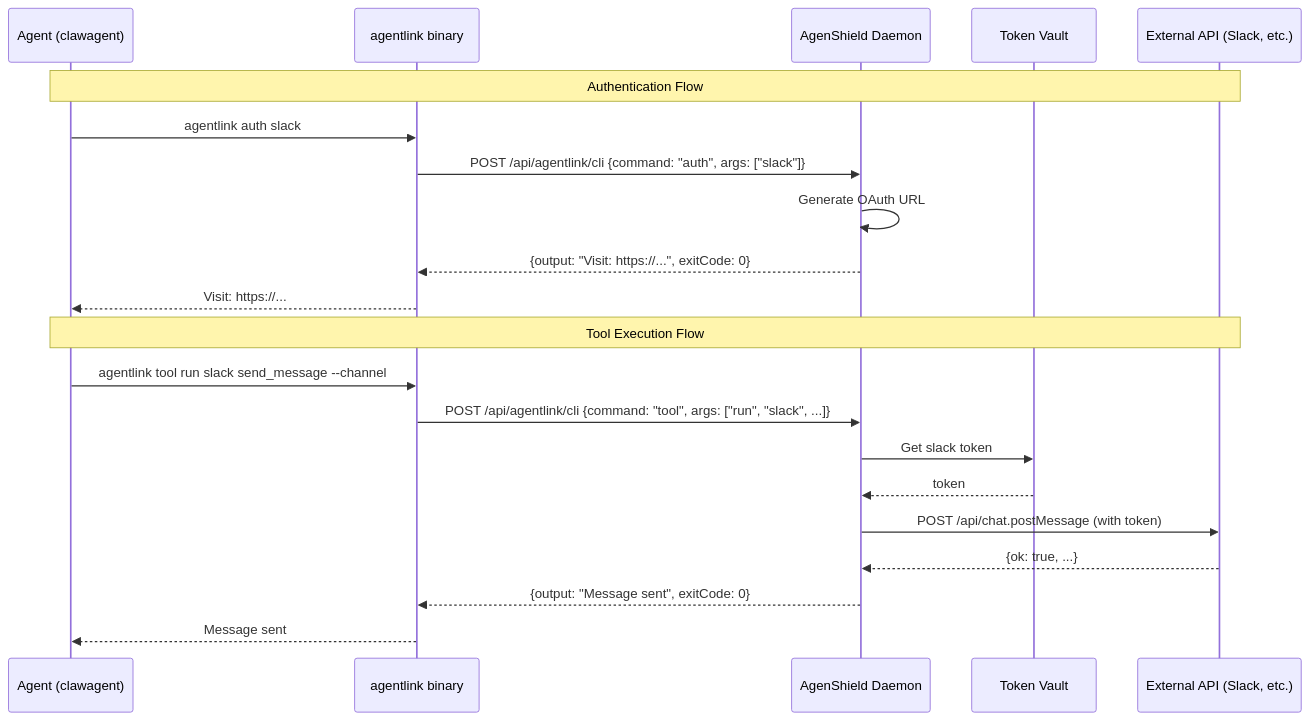
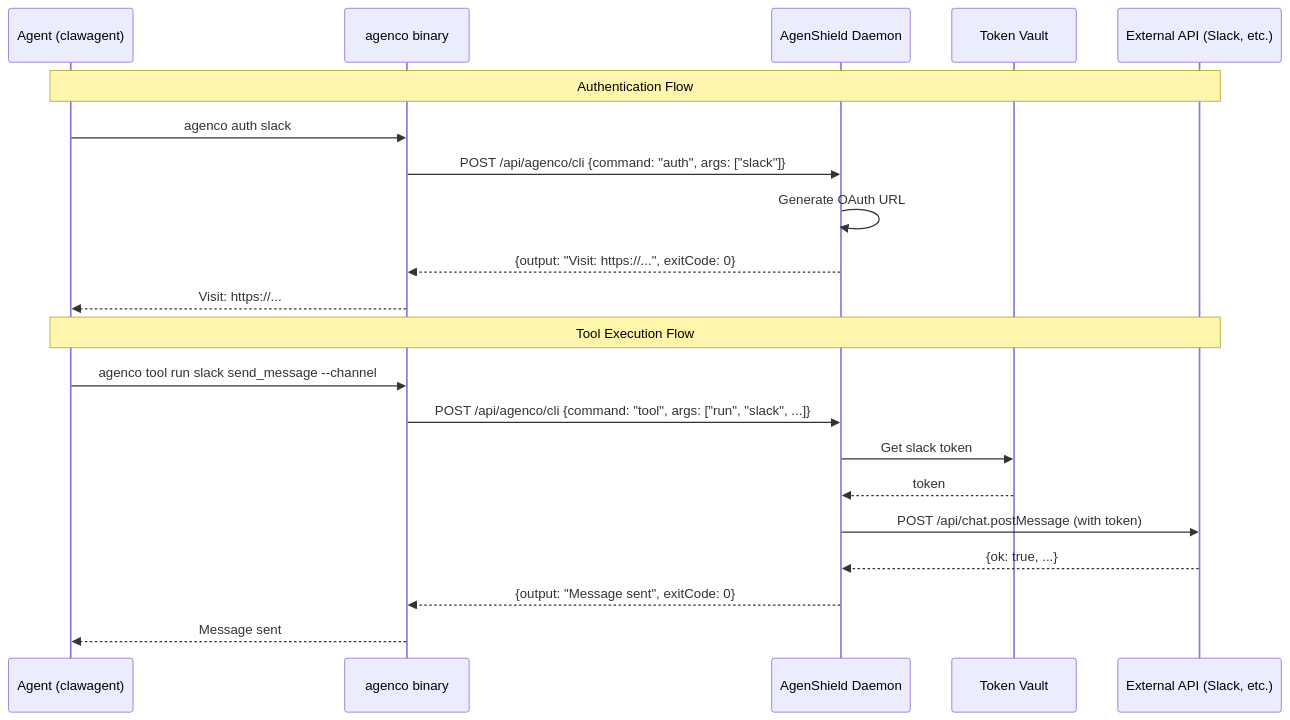
One commit to agen-co/agenshield changed the sixth of 7 diagrams in ARCHITECTURE-CHANGES.md. Above: the diagram before and after it, drawn with Mermaid. The commit also changed other lines of this file and 235 other files, not shown here.

Commit message:
Refactor AgentLink to AgenCo; update related components and schemas, enhance filesystem policy support

````diff
--- a/ARCHITECTURE-CHANGES.md
+++ b/ARCHITECTURE-CHANGES.md
@@ -1303,25 +1303,25 @@
 ```mermaid
 sequenceDiagram
     participant Agent as Agent (clawagent)
-    participant Bin as agentlink binary
+    participant Bin as agenco binary
     participant Daemon as AgenShield Daemon
     participant Vault as Token Vault
     participant External as External API (Slack, etc.)
 
     Note over Agent,External: Authentication Flow
-    Agent->>Bin: agentlink auth slack
-    Bin->>Daemon: POST /api/agentlink/cli {command: "auth", args: ["slack"]}
+    Agent->>Bin: agenco auth slack
+    Bin->>Daemon: POST /api/agenco/cli {command: "auth", args: ["slack"]}
     Daemon->>Daemon: Generate OAuth URL
     Daemon-->>Bin: {output: "Visit: https://...", exitCode: 0}
     Bin-->>Agent: Visit: https://...
 
     Note over Agent,External: Tool Execution Flow
-    Agent->>Bin: agentlink tool run slack send_message --channel #general --text "Hello"
-    Bin->>Daemon: POST /api/agentlink/cli {command: "tool", args: ["run", "slack", ...]}
+    Agent->>Bin: agenco tool run slack send_message --channel #general --text "Hello"
+    Bin->>Daemon: POST /api/agenco/cli {command: "tool", args: ["run", "slack", ...]}
     Daemon->>Vault: Get slack token
     Vault-->>Daemon: token
     Daemon->>External: POST /api/chat.postMessage (with token)
     External-->>Daemon: {ok: true, ...}
     Daemon-->>Bin: {output: "Message sent", exitCode: 0}
     Bin-->>Agent: Message sent
 ```
````
